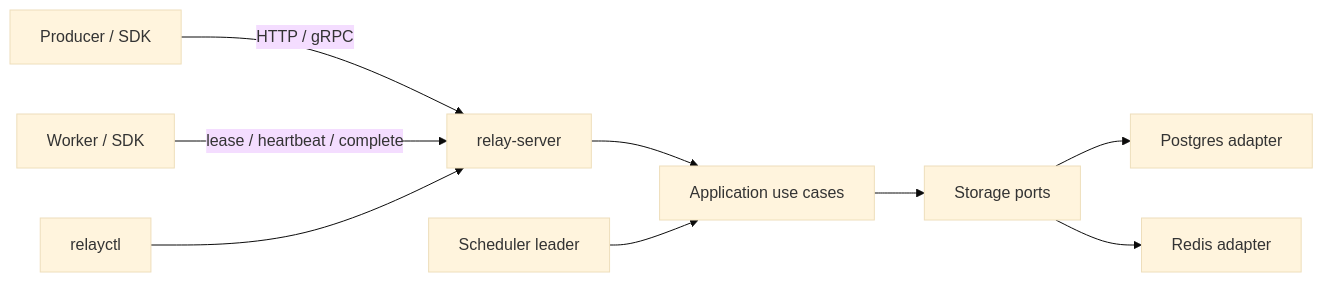
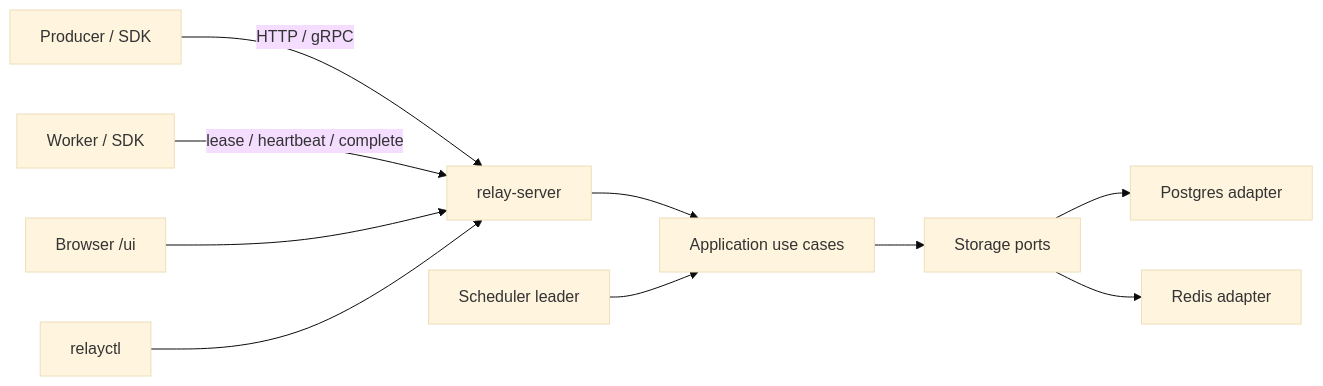
One commit to MEHRDADsmj/Relay changed the diagram in README.md. Above: the diagram before and after it, drawn with Mermaid (base theme). The commit also changed other lines of this file and 12 other files, not shown here.

Commit message:
docs: portfolio polish — README, architecture, ADRs 0019–0022, and contributor guides

````diff
--- a/README.md
+++ b/README.md
@@ -16,11 +70,12 @@
 ```mermaid
 flowchart LR
   Producer["Producer / SDK"] -->|HTTP / gRPC| API["relay-server"]
   Worker["Worker / SDK"] -->|lease / heartbeat / complete| API
+  UI["Browser /ui"] --> API
   CLI["relayctl"] --> API
   API --> App["Application use cases"]
   App --> Port["Storage ports"]
   Port --> PG["Postgres adapter"]
   Port --> RD["Redis adapter"]
   Sched["Scheduler leader"] --> App
 ```
````
